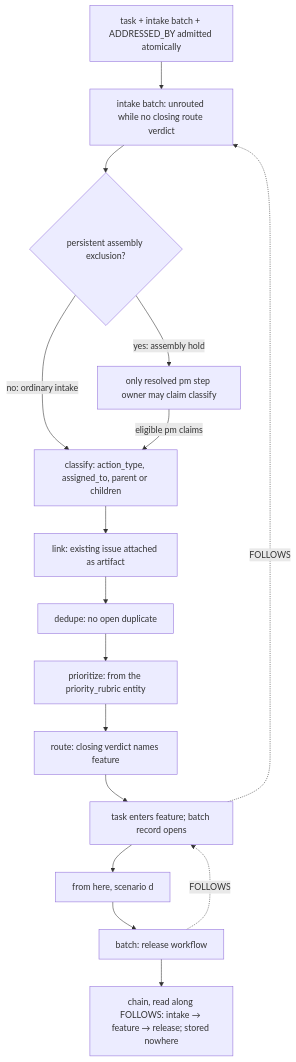
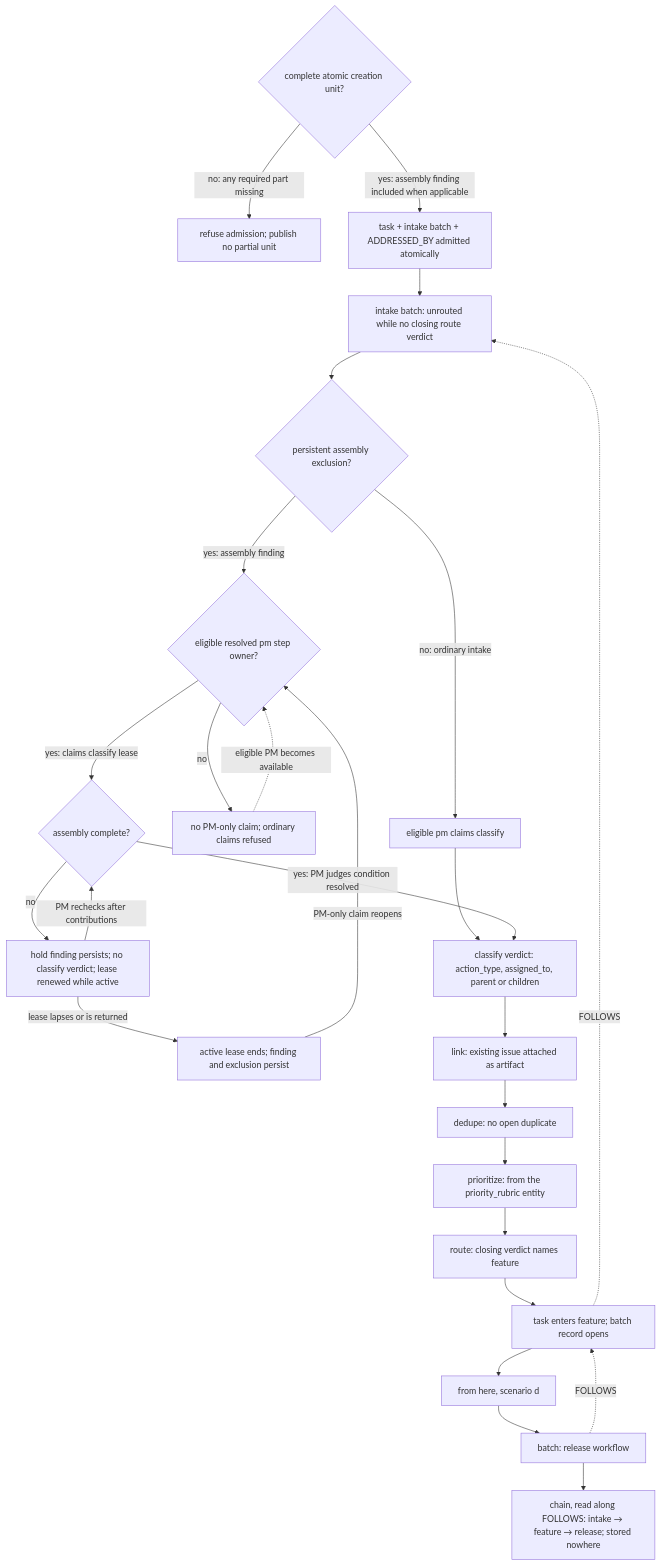
One commit to markmhendrickson/ateles changed the tenth of 10 diagrams in docs/foundation/scenarios.md. Above: the diagram before and after it, drawn with Mermaid. The commit also changed other lines of this file and 2 other files, not shown here.

Commit message:
fix(foundation): clarify assembly hold flow and checker diagnostics

````diff
--- a/docs/foundation/scenarios.md
+++ b/docs/foundation/scenarios.md
@@ -350,18 +350,27 @@
 ```mermaid
 flowchart TD
-    C[task + intake batch + ADDRESSED_BY admitted atomically] --> I[intake batch: unrouted while no closing route verdict]
+    U{complete atomic creation unit?} -->|no: any required part missing| X[refuse admission; publish no partial unit]
+    U -->|yes: assembly finding included when applicable| C[task + intake batch + ADDRESSED_BY admitted atomically] --> I[intake batch: unrouted while no closing route verdict]
     I --> A{persistent assembly exclusion?}
-    A -->|no: ordinary intake| S1[classify: action_type, assigned_to, parent or children]
-    A -->|yes: assembly hold| H[only resolved pm step owner may claim classify]
-    H -->|eligible pm claims| S1
+    A -->|no: ordinary intake| O[eligible pm claims classify]
+    O --> S1[classify verdict: action_type, assigned_to, parent or children]
+    A -->|yes: assembly finding| E{eligible resolved pm step owner?}
+    E -->|no| N[no PM-only claim; ordinary claims refused]
+    N -.->|eligible PM becomes available| E
+    E -->|yes: claims classify lease| Q{assembly complete?}
+    Q -->|no| H[hold finding persists; no classify verdict; lease renewed while active]
+    H -->|PM rechecks after contributions| Q
+    H -->|lease lapses or is returned| L[active lease ends; finding and exclusion persist]
+    L -->|PM-only claim reopens| E
+    Q -->|yes: PM judges condition resolved| S1
     S1 --> S2[link: existing issue attached as artifact]
     S2 --> S3[dedupe: no open duplicate]
     S3 --> S4[prioritize: from the priority_rubric entity]
     S4 --> S5[route: closing verdict names feature]
     S5 --> F[task enters feature; batch record opens]
     F -.->|FOLLOWS| I
     F --> D[from here, scenario d]
     D --> R[batch: release workflow]
     R -.->|FOLLOWS| F
     R --> CH[chain, read along FOLLOWS: intake → feature → release; stored nowhere]
 ```
````
